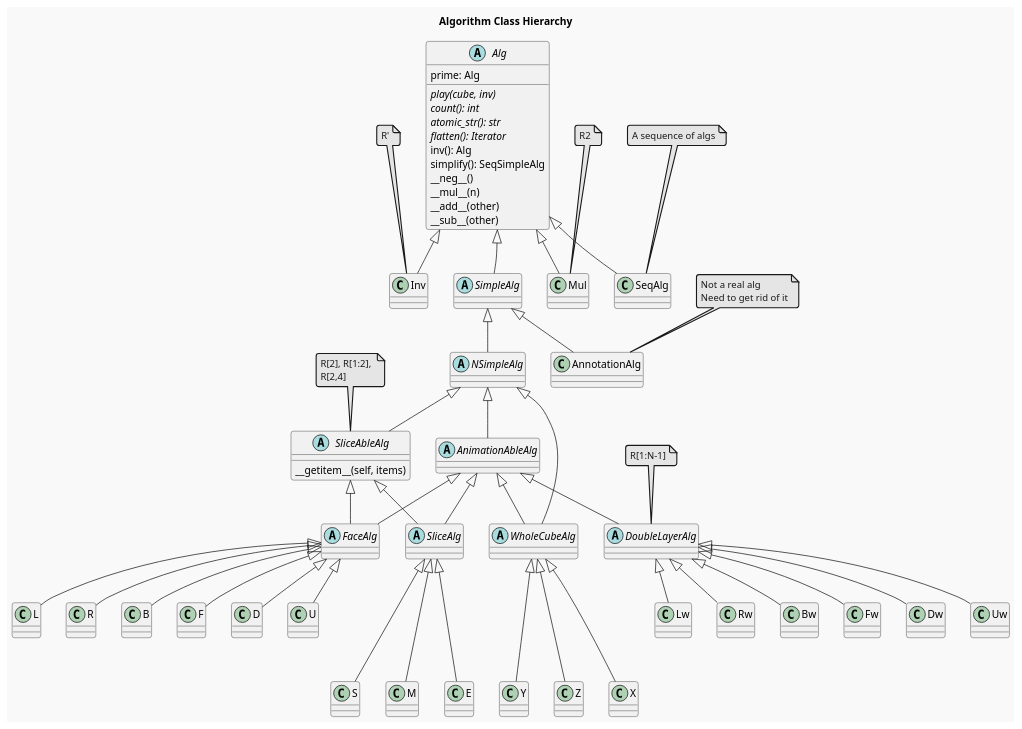
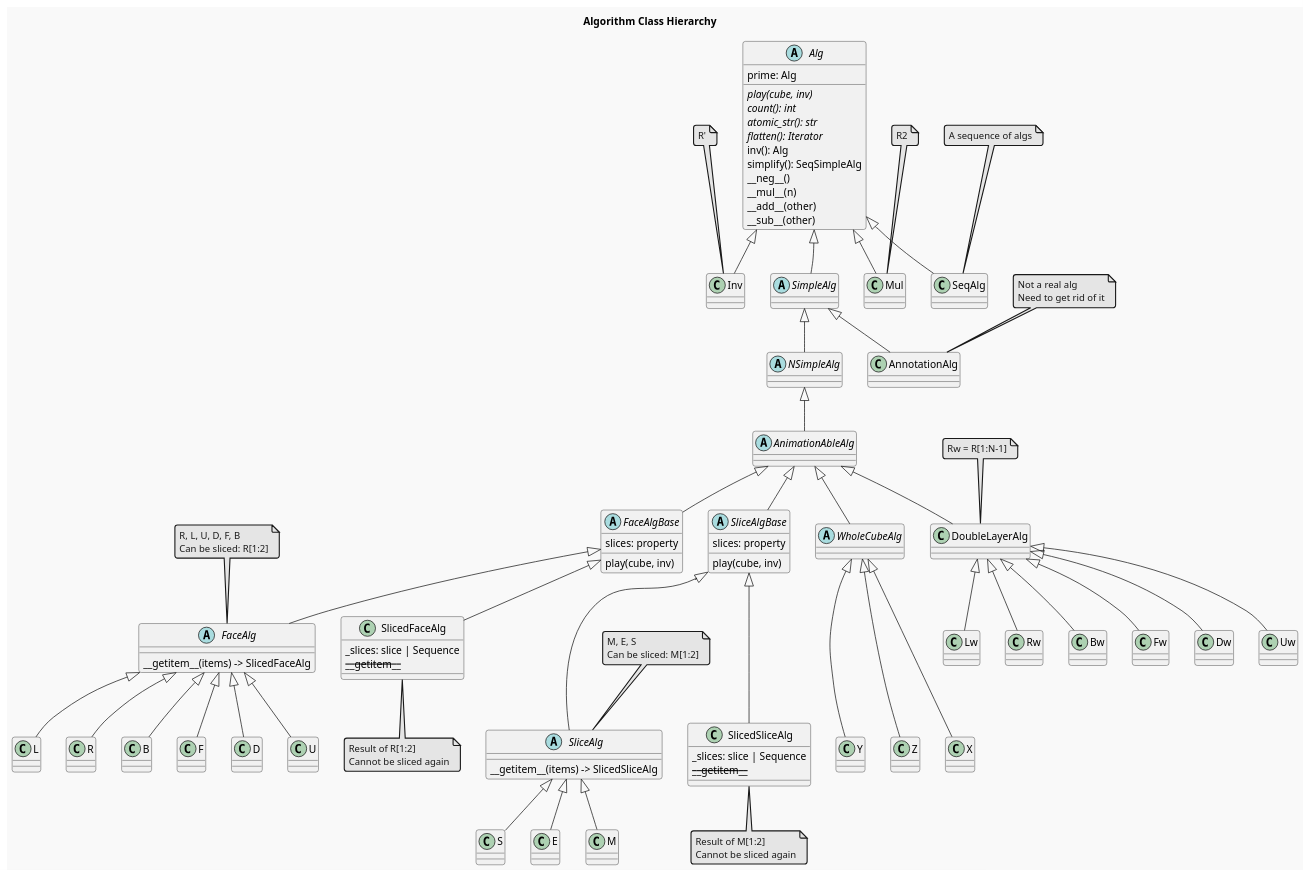
Before and after one commit to boaznahum/cubesolve: the diagram in readme_files/algs.puml, drawn with PlantUML. The commit also changed 2 other files, not shown here.

Commit message:
Update documentation for new sliced alg hierarchy
Updated files:
- readme_files/algs.puml: Added FaceAlgBase, SlicedFaceAlg, SliceAlgBase,
  SlicedSliceAlg classes showing type-safe slicing hierarchy
- arch.md: Updated Algorithm hierarchy section and Composite Pattern diagram
  to reflect new base classes and sliced types
- docs/design2/layers-and-dependencies.md: Updated algs package description

Note: algs.png needs manual regeneration (PlantUML not installed)

```diff
--- a/readme_files/algs.puml
+++ b/readme_files/algs.puml
@@ -1,130 +1,152 @@
 @startuml
 'https://plantuml.com/class-diagram
 
 !theme mars
 title Algorithm Class Hierarchy
 
 abstract class Alg {
     {abstract} play(cube, inv)
     {abstract} count(): int
     {abstract} atomic_str(): str
     {abstract} flatten(): Iterator
     inv(): Alg
     prime: Alg
     simplify(): SeqSimpleAlg
     __neg__()
     __mul__(n)
     __add__(other)
     __sub__(other)
 }
 
 together {
     abstract class SimpleAlg
     class Inv
     class Mul
     class SeqAlg
 }
 
 SimpleAlg -up[hidden]-> Alg
 Alg  <|--  SimpleAlg
 Alg  <|--  Inv
 Alg  <|--  Mul
 note top of Inv: R'
 note top of Mul: R2
 Alg <|-- SeqAlg
 note top of SeqAlg: A sequence of algs
 
 ' under SimpleAlg
 together {
     abstract class NSimpleAlg
     class AnnotationAlg
 
     SimpleAlg  <|--  NSimpleAlg
     SimpleAlg  <|--  AnnotationAlg
 }
 
 note top of AnnotationAlg: Not a real alg\nNeed to get rid of it
 
 ' Under NSimpleAlg
 together {
     abstract class AnimationAbleAlg
+}
 
-    abstract class SliceAbleAlg {
-        __getitem__(self, items)
+NSimpleAlg  <|--  AnimationAbleAlg
+
+'under AnimationAbleAlg - Base classes for Face and Slice algs
+together {
+    abstract class FaceAlgBase {
+        slices: property
+        play(cube, inv)
+    }
+    abstract class SliceAlgBase {
+        slices: property
+        play(cube, inv)
+    }
+    abstract class WholeCubeAlg
+    class DoubleLayerAlg
+}
+
+AnimationAbleAlg  <|--  FaceAlgBase
+AnimationAbleAlg  <|--  SliceAlgBase
+AnimationAbleAlg  <|--  WholeCubeAlg
+AnimationAbleAlg  <|--  DoubleLayerAlg
+
+note top of DoubleLayerAlg: Rw = R[1:N-1]
+
+' FaceAlg hierarchy - sliceable and sliced versions
+together {
+    abstract class FaceAlg {
+        __getitem__(items) -> SlicedFaceAlg
+    }
+    class SlicedFaceAlg {
+        _slices: slice | Sequence
+        <s>__getitem__</s>
     }
 }
 
-NSimpleAlg  <|--  AnimationAbleAlg
-NSimpleAlg  <|--  SliceAbleAlg
+FaceAlgBase  <|--  FaceAlg
+FaceAlgBase  <|--  SlicedFaceAlg
 
-'under AnimationAbleAlg and SliceAbleAlg
+note top of FaceAlg: R, L, U, D, F, B\nCan be sliced: R[1:2]
+note bottom of SlicedFaceAlg: Result of R[1:2]\nCannot be sliced again
+
+' SliceAlg hierarchy - sliceable and sliced versions
 together {
-    abstract class FaceAlg
-    abstract class SliceAlg
-    abstract class WholeCubeAlg
-    abstract class DoubleLayerAlg
-
-
-    ' Make SliceAlg right to Face they both under SliceAbleAlg
-    FaceAlg -right[hidden]-> SliceAlg
+    abstract class SliceAlg {
+        __getitem__(items) -> SlicedSliceAlg
+    }
+    class SlicedSliceAlg {
+        _slices: slice | Sequence
+        <s>__getitem__</s>
+    }
 }
 
+SliceAlgBase  <|--  SliceAlg
+SliceAlgBase  <|--  SlicedSliceAlg
 
-SliceAbleAlg  <|--  FaceAlg
-AnimationAbleAlg  <|--  FaceAlg
-AnimationAbleAlg  <|--  DoubleLayerAlg
+note top of SliceAlg: M, E, S\nCan be sliced: M[1:2]
+note bottom of SlicedSliceAlg: Result of M[1:2]\nCannot be sliced again
 
-note top of DoubleLayerAlg: R[1:N-1]
-
-note top of SliceAbleAlg: R[2], R[1:2], \nR[2,4]
-
-SliceAbleAlg  <|--  SliceAlg
-AnimationAbleAlg  <|--  SliceAlg
-
-NSimpleAlg  <|--  WholeCubeAlg
-AnimationAbleAlg  <|--  WholeCubeAlg
-
-
+' Concrete FaceAlg classes
 together  {
     FaceAlg <|-- U
     FaceAlg <|-- D
     FaceAlg <|-- F
     FaceAlg <|-- B
     FaceAlg <|-- R
     FaceAlg <|-- L
 }
 
 
 together  {
     DoubleLayerAlg <|-- Uw
     DoubleLayerAlg <|-- Dw
     DoubleLayerAlg <|-- Fw
     DoubleLayerAlg <|-- Bw
     DoubleLayerAlg <|-- Rw
     DoubleLayerAlg <|-- Lw
 }
 
 
 
 together  {
     WholeCubeAlg <|-- X
     WholeCubeAlg <|-- Y
     WholeCubeAlg <|-- Z
 }
 
 
 together  {
     SliceAlg <|-- M
     SliceAlg <|-- E
     SliceAlg <|-- S
 }
 
 ' try to make groups on under the other
 U -down[hidden]-> S
 Lw -down[hidden]-> X
 
 
 
 
-
 @enduml
```
